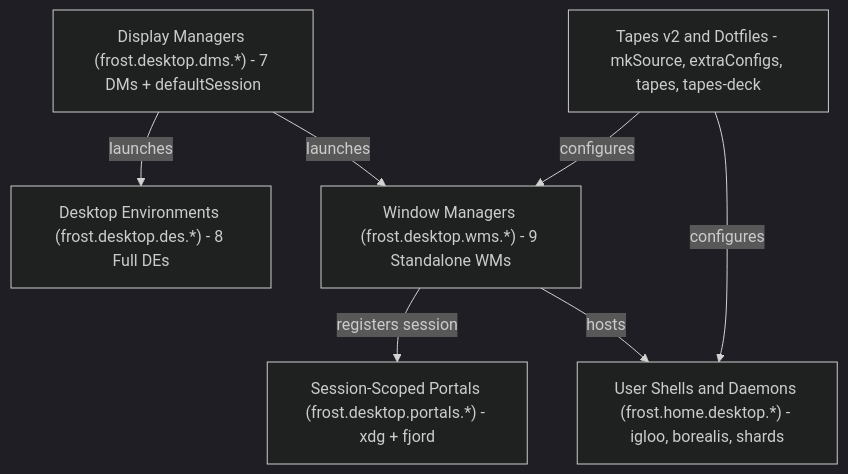
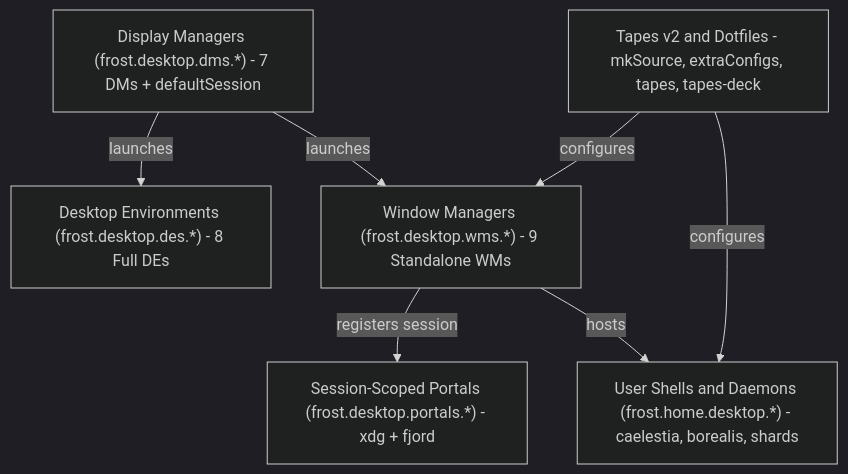
Before and after one commit to SpanishSyntax/Frost: the second of 3 diagrams in docs/architecture.md, drawn with Mermaid (dark theme). The commit also changed other lines of this file and 9 other files, not shown here.

Commit message:
refactor(desktop): rename igloo/igloo_cli to caelestia/caelestia_cli and remove wrapBin aliases

````diff
--- a/docs/architecture.md
+++ b/docs/architecture.md
@@ -95,16 +95,16 @@
 ```mermaid
 graph TD
     DM["Display Managers (frost.desktop.dms.*) - 7 DMs + defaultSession"]
     DE["Desktop Environments (frost.desktop.des.*) - 8 Full DEs"]
     WM["Window Managers (frost.desktop.wms.*) - 9 Standalone WMs"]
     Portals["Session-Scoped Portals (frost.desktop.portals.*) - xdg + fjord"]
-    Shells["User Shells and Daemons (frost.home.desktop.*) - igloo, borealis, shards"]
+    Shells["User Shells and Daemons (frost.home.desktop.*) - caelestia, borealis, shards"]
     Tapes["Tapes v2 and Dotfiles - mkSource, extraConfigs, tapes, tapes-deck"]
 
     DM -->|launches| DE
     DM -->|launches| WM
     WM -->|registers session| Portals
     WM -->|hosts| Shells
     Tapes -->|configures| Shells
     Tapes -->|configures| WM
 ```
````
